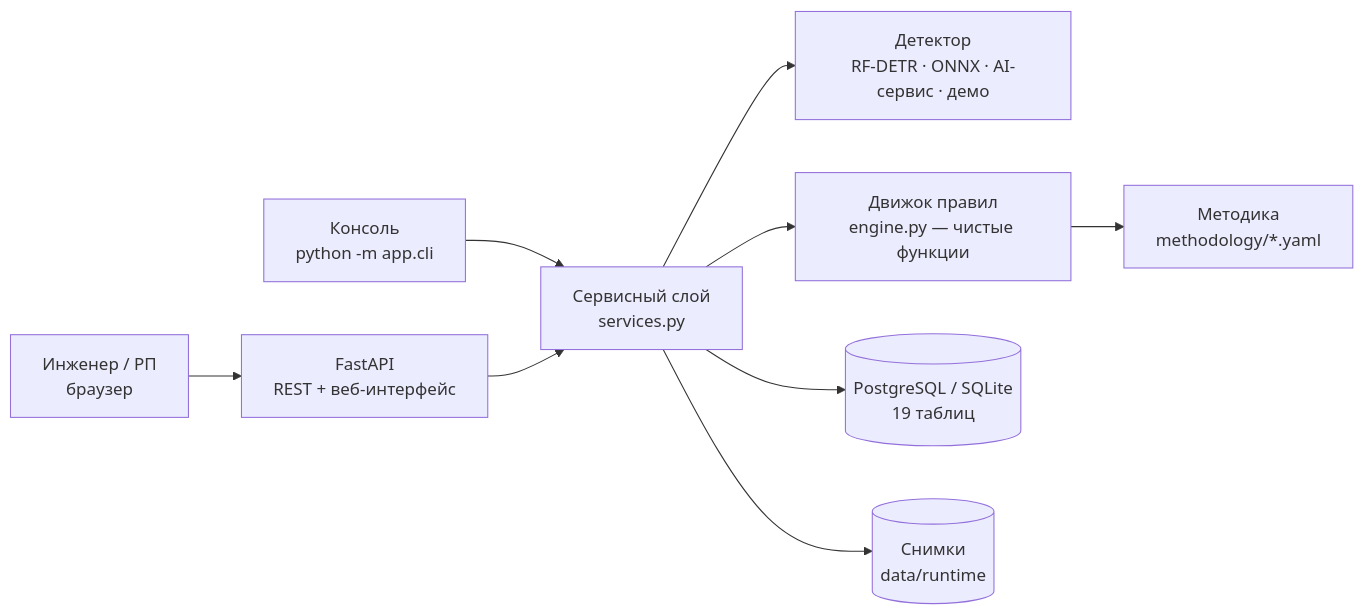
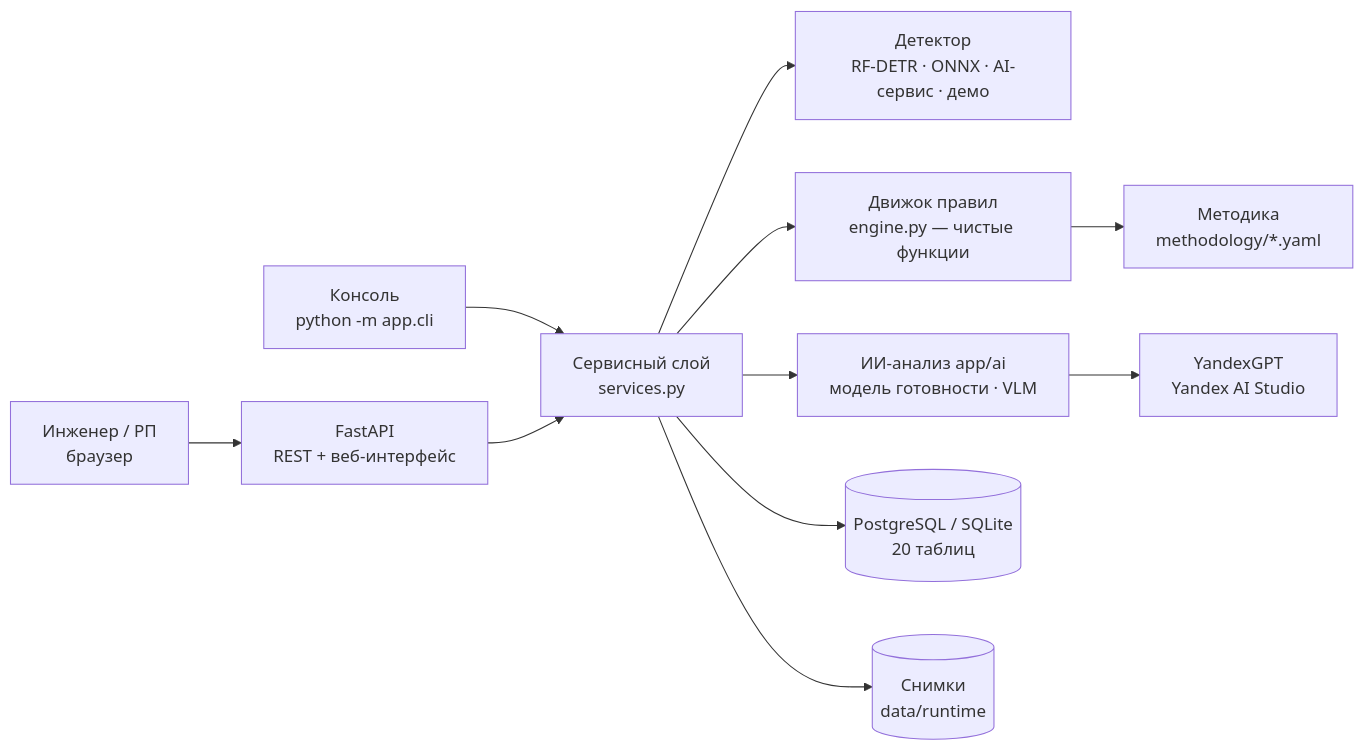
One commit to Antonoof/Intelligent-construction-site-monitoring-system changed the first of 4 diagrams in backend/readme.md. Above: the diagram before and after it, drawn with Mermaid. The commit also changed other lines of this file and 45 other files, not shown here.

Commit message:
add yandex gpt to analyze

````diff
--- a/backend/readme.md
+++ b/backend/readme.md
@@ -37,11 +37,13 @@
 ```mermaid
 flowchart LR
     U["Инженер / РП<br/>браузер"] --> API["FastAPI<br/>REST + веб-интерфейс"]
     CLI["Консоль<br/>python -m app.cli"] --> CORE
     API --> CORE["Сервисный слой<br/>services.py"]
     CORE --> DET["Детектор<br/>RF-DETR · ONNX · AI-сервис · демо"]
     CORE --> ENG["Движок правил<br/>engine.py — чистые функции"]
     ENG --> MET["Методика<br/>methodology/*.yaml"]
-    CORE --> DB[("PostgreSQL / SQLite<br/>19 таблиц")]
+    CORE --> AI["ИИ-анализ app/ai<br/>модель готовности · VLM"]
+    AI --> YGPT["YandexGPT<br/>Yandex AI Studio"]
+    CORE --> DB[("PostgreSQL / SQLite<br/>20 таблиц")]
     CORE --> FS[("Снимки<br/>data/runtime")]
 ```
````
